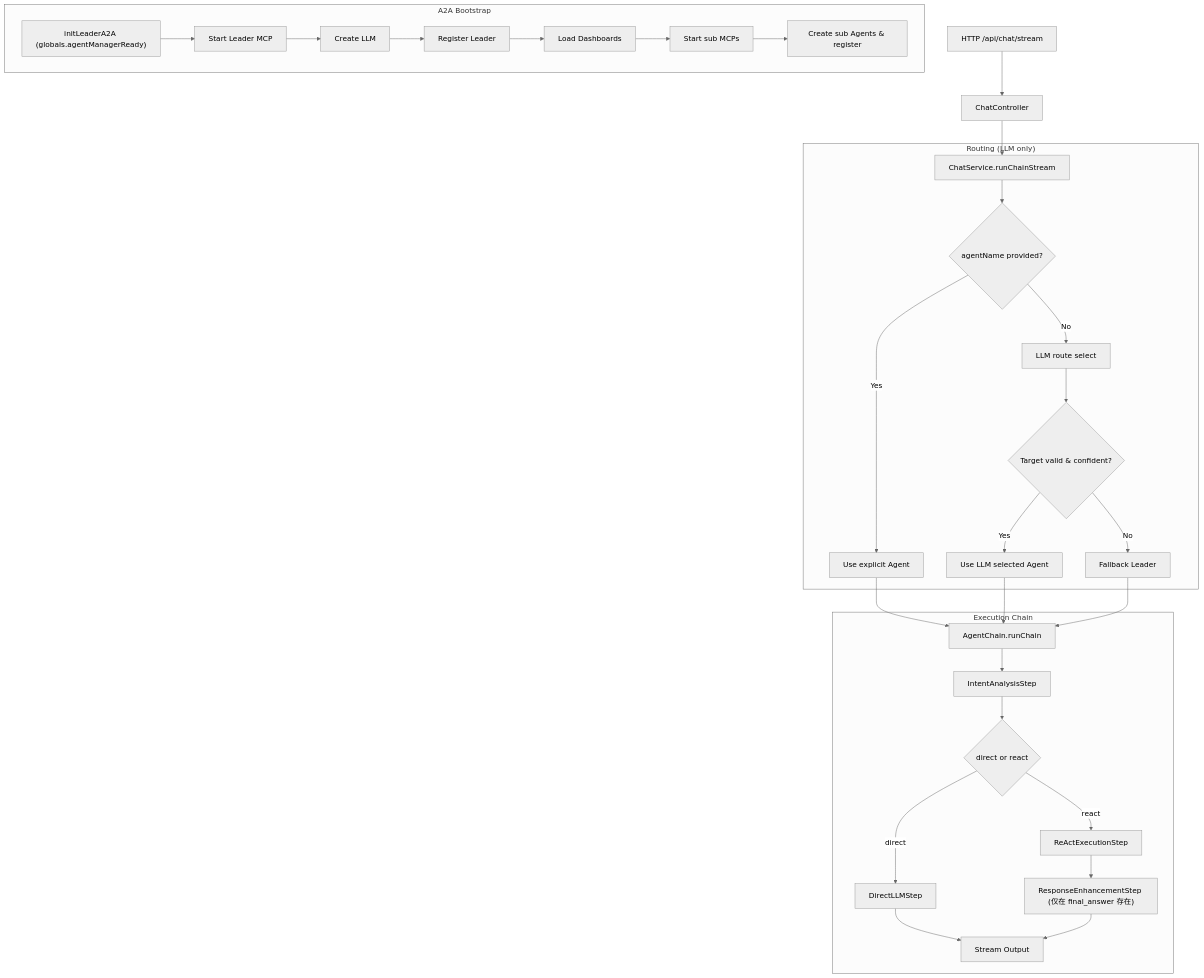
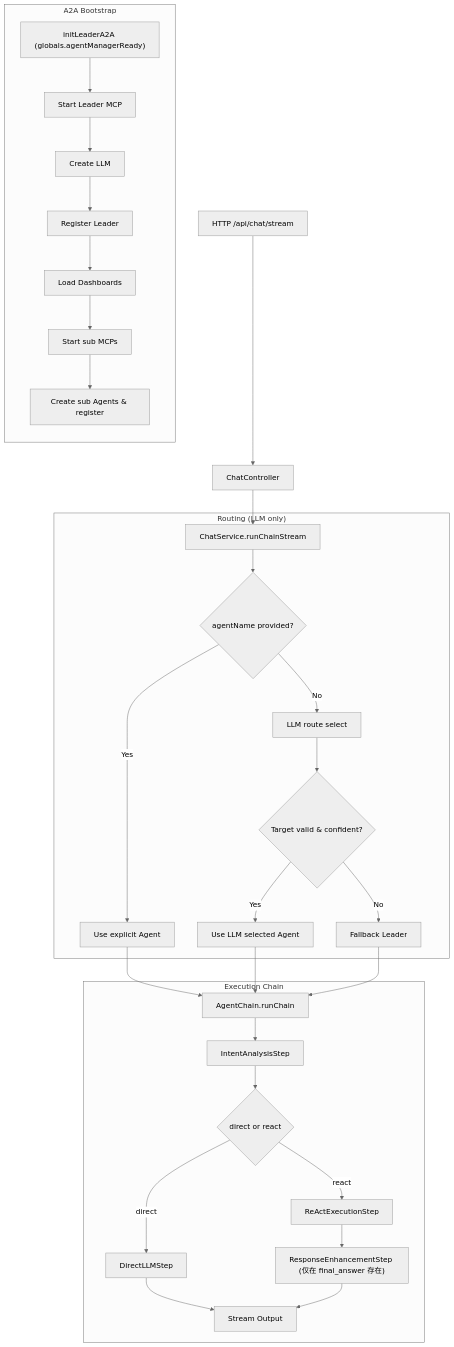
One commit to seemrcola/bot-server changed the diagram in docs/a2a-flow.md. Above: the diagram before and after it, drawn with Mermaid (neutral theme). The commit also changed 6 other files, not shown here.

````diff
--- a/docs/a2a-flow.md
+++ b/docs/a2a-flow.md
@@ -3,40 +3,41 @@
 ```mermaid
 flowchart TB
   %% Entry
   A["HTTP /api/chat/stream"] --> B["ChatController"]
   B --> C["ChatService.runChainStream"]
 
   %% Routing (LLM only)
   subgraph ROUTE["Routing (LLM only)"]
     C --> D{"agentName provided?"}
     D -- "Yes" --> E["Use explicit Agent"]
     D -- "No"  --> F["LLM route select"]
     F --> G{"Target valid & confident?"}
     G -- "Yes" --> H["Use LLM selected Agent"]
     G -- "No"  --> L["Fallback Leader"]
   end
 
   %% Execution Chain
   subgraph EXEC["Execution Chain"]
     H --> M["AgentChain.runChain"]
     E --> M
     L --> M
     M --> N["IntentAnalysisStep"]
     N --> O{"direct or react"}
     O -- "direct" --> P["DirectLLMStep"]
     O -- "react"  --> Q["ReActExecutionStep"]
     Q --> R["ResponseEnhancementStep (仅在 final_answer 存在)"]
     R --> S
     P --> S["Stream Output"]
   end
 
   %% Bootstrap
   subgraph BOOT["A2A Bootstrap"]
+    direction TB
     T["initLeaderA2A (globals.agentManagerReady)"] --> U["Start Leader MCP"]
     U --> V["Create LLM"]
     V --> W["Register Leader"]
     W --> X["Load Dashboards"]
     X --> Y["Start sub MCPs"]
     Y --> Z["Create sub Agents & register"]
   end
 ```
````
